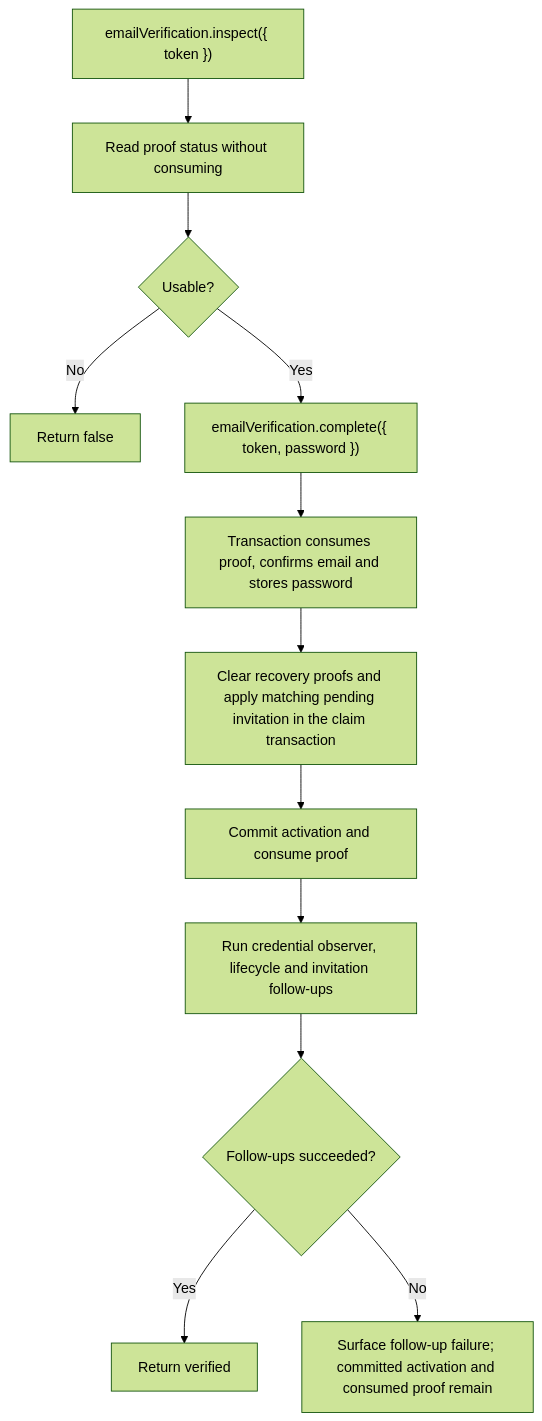
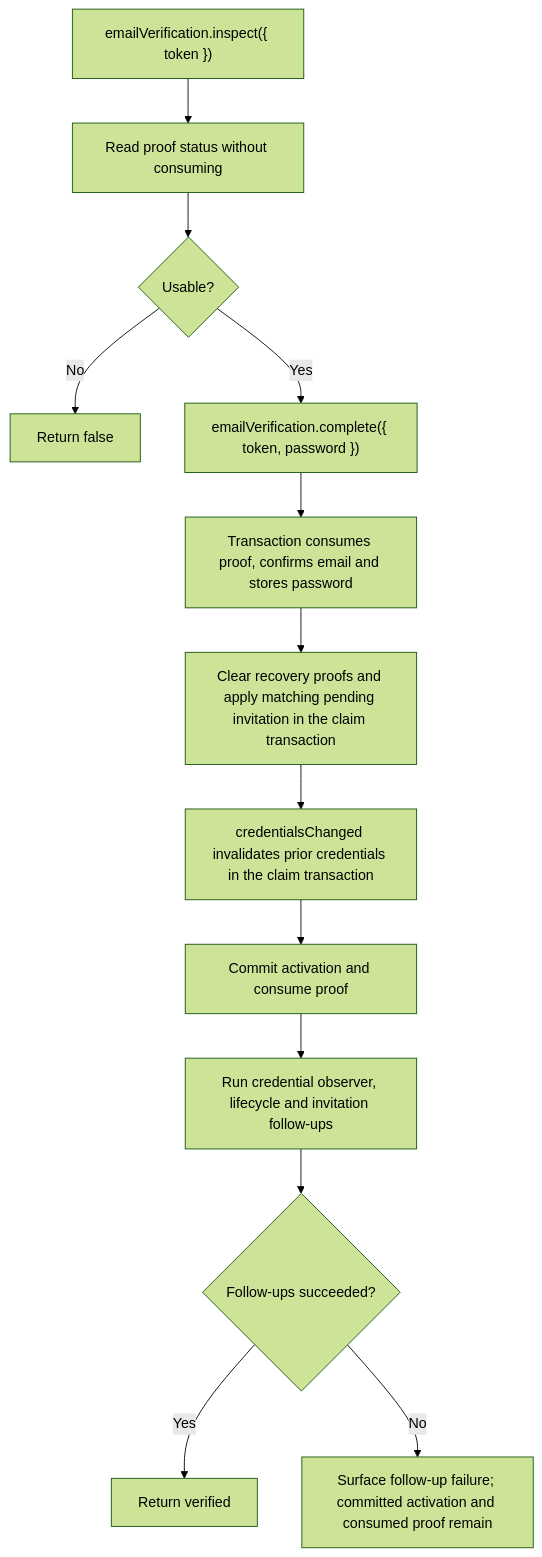
Before and after one commit to Kevinjohn/oss-adonisjs-account-kit: the second of 2 diagrams in user-stories/US-ACCOUNT-38-complete-email-verification.md, drawn with Mermaid (forest theme). The commit also changed other lines of this file, not shown here.

Commit message:
Document credential invalidation on activation

````diff
--- a/user-stories/US-ACCOUNT-38-complete-email-verification.md
+++ b/user-stories/US-ACCOUNT-38-complete-email-verification.md
@@ -38,14 +38,15 @@
 ```mermaid
 flowchart TD
  A["emailVerification.inspect({ token })"] --> B["Read proof status without consuming"]
  B --> C{"Usable?"}
  C -->|No| D["Return false"]
  C -->|Yes| E["emailVerification.complete({ token, password })"]
  E --> F["Transaction consumes proof, confirms email and stores password"]
  F --> G["Clear recovery proofs and apply matching pending invitation in the claim transaction"]
- G --> H["Commit activation and consume proof"]
+ G --> CRED["credentialsChanged invalidates prior credentials in the claim transaction"]
+ CRED --> H["Commit activation and consume proof"]
  H --> I["Run credential observer, lifecycle and invitation follow-ups"]
  I --> J{"Follow-ups succeeded?"}
  J -->|Yes| K["Return verified"]
  J -->|No| L["Surface follow-up failure; committed activation and consumed proof remain"]
 ```
````
